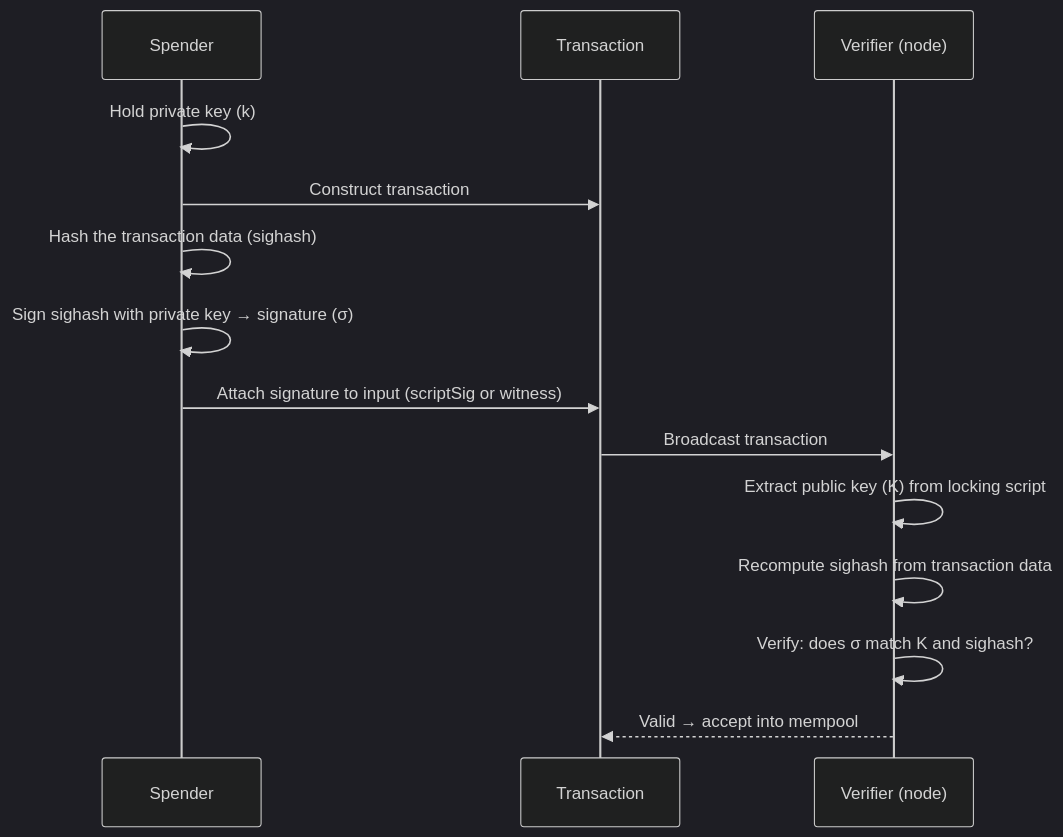
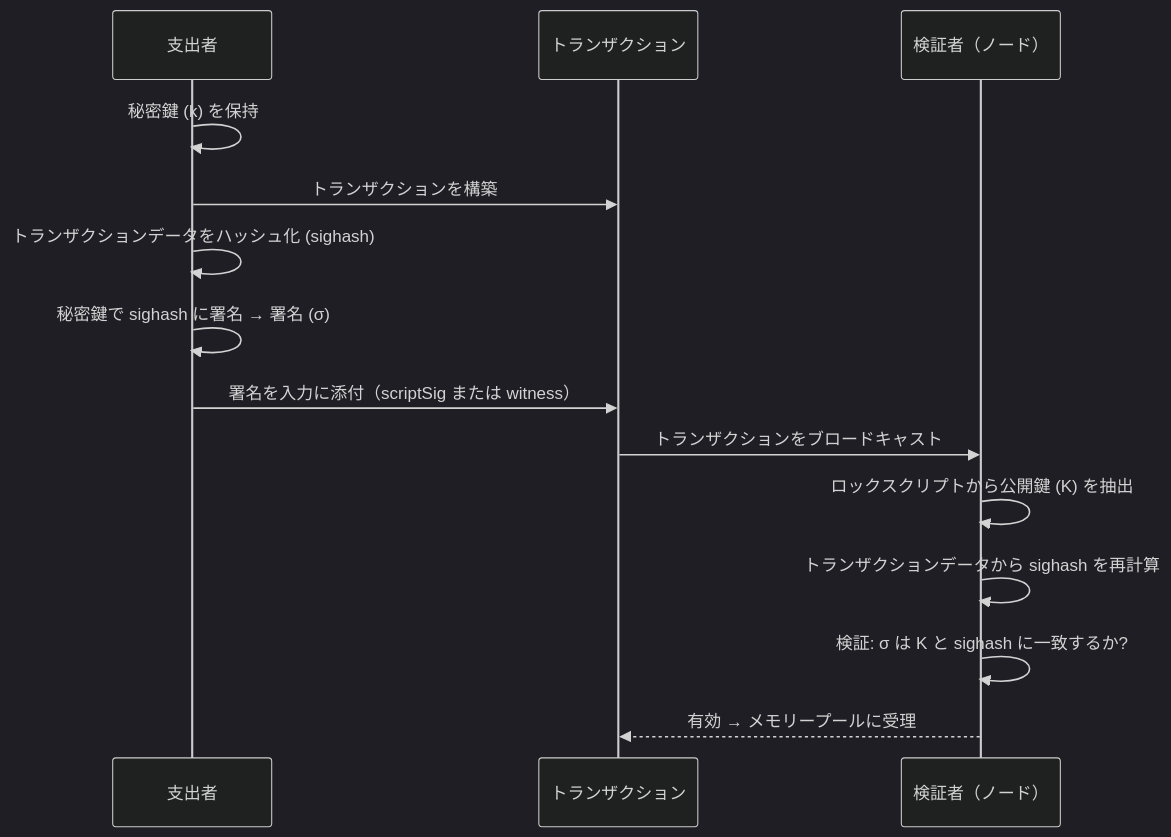
One commit to cypher256/BitcoinArchive changed the fourth of 5 diagrams in src/data/translations/ja/design/2009-01-03-bitcoin-transaction-design.md. Above: the diagram before and after it, drawn with Mermaid (dark theme). The commit also changed other lines of this file and 11 other files, not shown here.

````diff
--- a/src/data/translations/ja/design/2009-01-03-bitcoin-transaction-design.md
+++ b/src/data/translations/ja/design/2009-01-03-bitcoin-transaction-design.md
@@ -198,18 +198,18 @@
 ```mermaid
 sequenceDiagram
-    participant S as Spender
-    participant TX as Transaction
-    participant V as Verifier (node)
+    participant S as 支出者
+    participant TX as トランザクション
+    participant V as 検証者（ノード）
 
-    S->>S: Hold private key (k)
-    S->>TX: Construct transaction
-    S->>S: Hash the transaction data (sighash)
-    S->>S: Sign sighash with private key → signature (σ)
-    S->>TX: Attach signature to input (scriptSig or witness)
+    S->>S: 秘密鍵 (k) を保持
+    S->>TX: トランザクションを構築
+    S->>S: トランザクションデータをハッシュ化 (sighash)
+    S->>S: 秘密鍵で sighash に署名 → 署名 (σ)
+    S->>TX: 署名を入力に添付（scriptSig または witness）
 
-    TX->>V: Broadcast transaction
-    V->>V: Extract public key (K) from locking script
-    V->>V: Recompute sighash from transaction data
-    V->>V: Verify: does σ match K and sighash?
-    V-->>TX: Valid → accept into mempool
+    TX->>V: トランザクションをブロードキャスト
+    V->>V: ロックスクリプトから公開鍵 (K) を抽出
+    V->>V: トランザクションデータから sighash を再計算
+    V->>V: 検証: σ は K と sighash に一致するか?
+    V-->>TX: 有効 → メモリープールに受理
 ```
````
